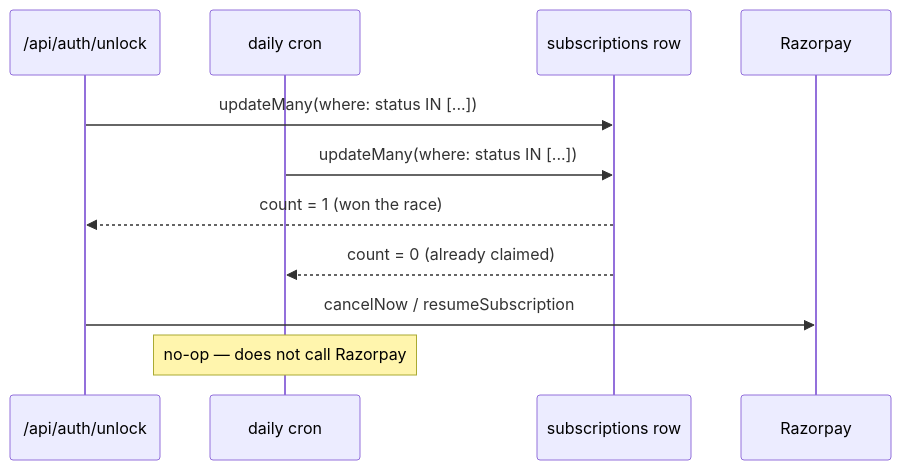
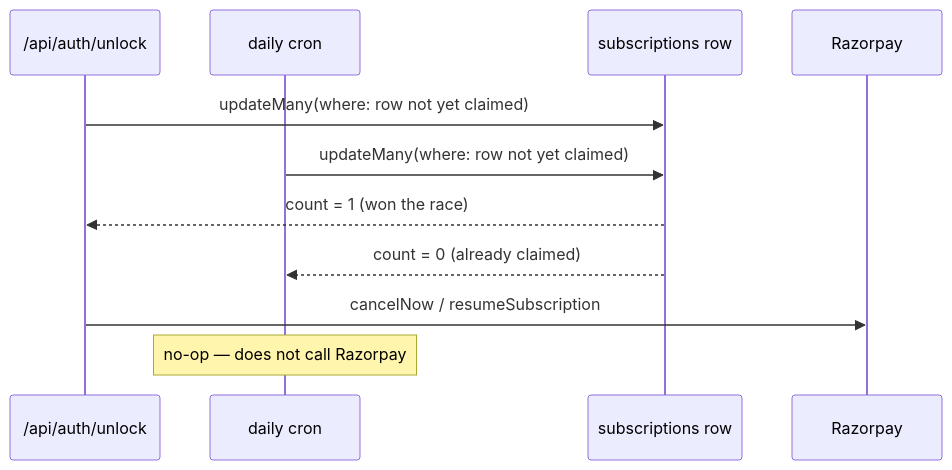
Before and after one commit to rahulsingh2k10/WealthVault: the fourth of 4 diagrams in documents/payments/subscription-reconciliation.md, drawn with Mermaid. The commit also changed other lines of this file and 17 other files, not shown here.

````diff
--- a/documents/payments/subscription-reconciliation.md
+++ b/documents/payments/subscription-reconciliation.md
@@ -230,14 +311,14 @@
 ```mermaid
 sequenceDiagram
     participant Unlock as /api/auth/unlock
     participant Cron as daily cron
     participant DB as subscriptions row
     participant RZP as Razorpay
 
-    Unlock->>DB: updateMany(where: status IN [...])
-    Cron->>DB: updateMany(where: status IN [...])
+    Unlock->>DB: updateMany(where: row not yet claimed)
+    Cron->>DB: updateMany(where: row not yet claimed)
     DB-->>Unlock: count = 1 (won the race)
     DB-->>Cron: count = 0 (already claimed)
     Unlock->>RZP: cancelNow / resumeSubscription
     Note over Cron: no-op — does not call Razorpay
 ```
````
